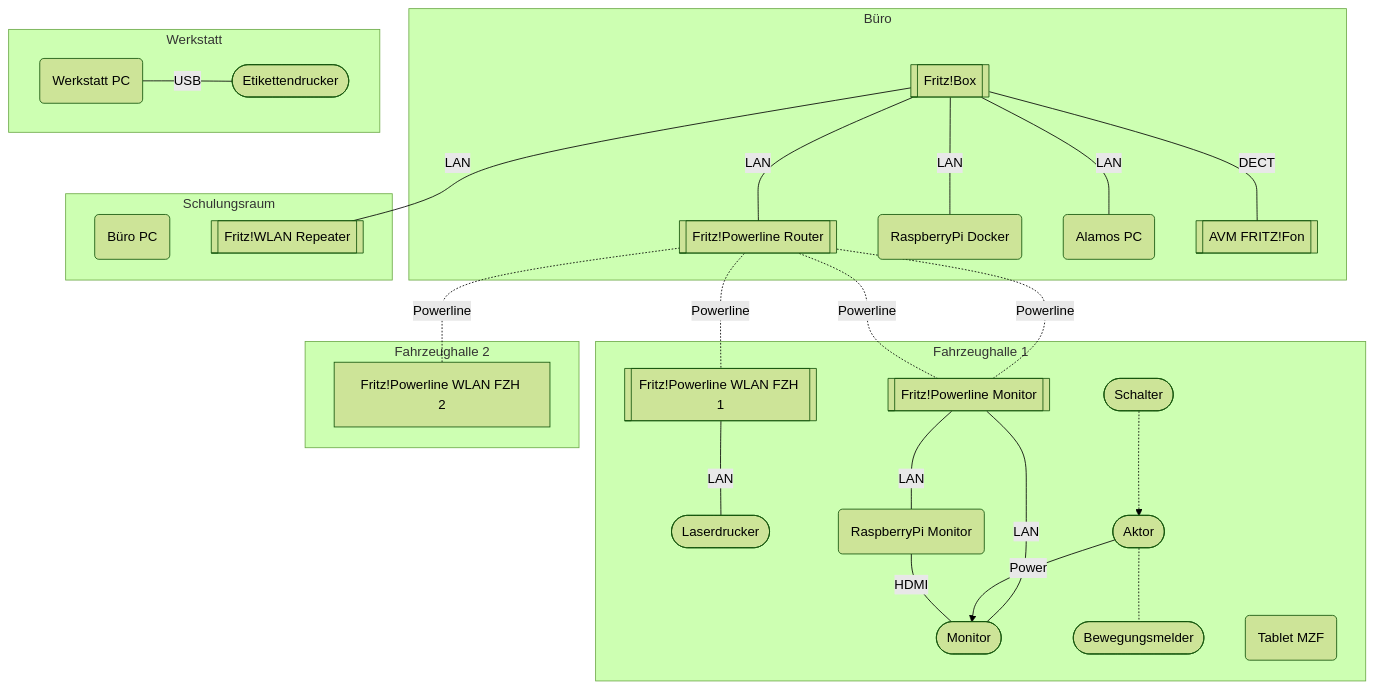
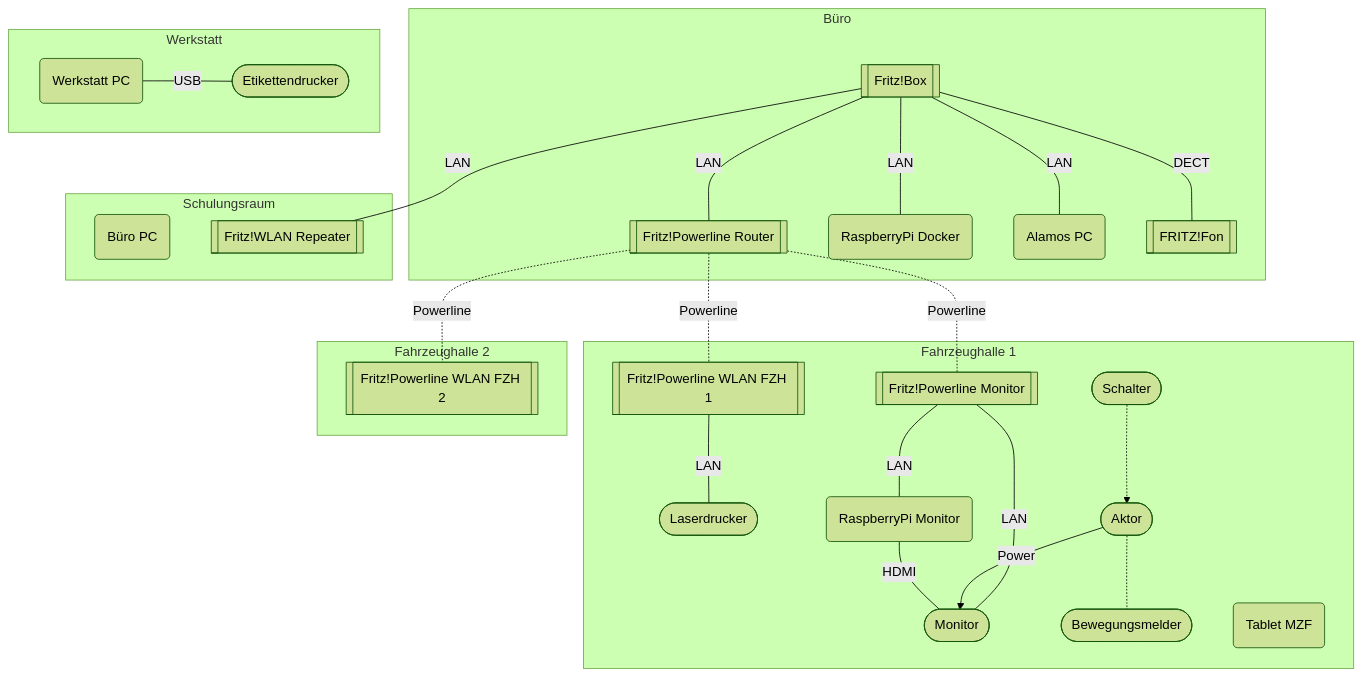
Before and after one commit to FFW-Baudenbach/FE2_Documentation: the diagram in docs/Dokumentation/Hardware/Netzwerk.md, drawn with Mermaid (forest theme).

````diff
--- a/docs/Dokumentation/Hardware/Netzwerk.md
+++ b/docs/Dokumentation/Hardware/Netzwerk.md
@@ -5,65 +5,59 @@
 ```mermaid
 graph TD
 
     subgraph buero[Büro]
-        router[[Fritz!Box]]
-        pwl-rt[[Fritz!Powerline Router]]
+        router[["Fritz!Box"]]
+        pwl-rt[["Fritz!Powerline Router"]]
         rpidoc(RaspberryPi Docker)
         fe2pc(Alamos PC)
-        phone[[AVM FRITZ!Fon]]
+        phone[["FRITZ!Fon"]]
         
         router---|LAN|pwl-rt
         router---|LAN|rpidoc
         router---|LAN|fe2pc
         router---|DECT|phone
     end
     
     subgraph schulungsraum[Schulungsraum]
         bueropc(Büro PC)
-        wlanrep[[Fritz!WLAN Repeater]]
+        wlanrep[["Fritz!WLAN Repeater"]]
         router---|LAN|wlanrep
     end
     
     subgraph werkstatt[Werkstatt]
         fmpc(Werkstatt PC)
         labelprinter([Etikettendrucker])
         
         fmpc---|USB|labelprinter
     end
     
     subgraph fzh1[Fahrzeughalle 1]
-        pwl-fzh1[[Fritz!Powerline WLAN FZH 1]]
-        pwl-mon[[Fritz!Powerline Monitor]]
+        pwl-fzh1[["Fritz!Powerline WLAN FZH 1"]]
+        pwl-mon[["Fritz!Powerline Monitor"]]
         printer([Laserdrucker])
         monitor([Monitor])
         actor([Aktor])
         motion([Bewegungsmelder])
         plug([Schalter])
         rpimon(RaspberryPi Monitor)
         tablet(Tablet MZF)
-
-       %% router---pwl-fzh1
-       %% router---pwl-fzh2
-       %% router---pwl-mon
 
         pwl-fzh1---|LAN|printer
         
         pwl-mon---|LAN|monitor
         pwl-mon---|LAN|rpimon
         
         plug-.->actor--Power-->monitor
         rpimon---|HDMI|monitor
         actor-.-motion
 
     end
     
     subgraph fzh2[Fahrzeughalle 2]
-        pwl-fzh2[Fritz!Powerline WLAN FZH 2]
+        pwl-fzh2[["Fritz!Powerline WLAN FZH 2"]]
     end
     
     pwl-rt-.-|Powerline|pwl-mon
     pwl-rt-.-|Powerline|pwl-fzh1
     pwl-rt-.-|Powerline|pwl-fzh2
-    pwl-rt-.-|Powerline|pwl-mon
-    
 ```
````
